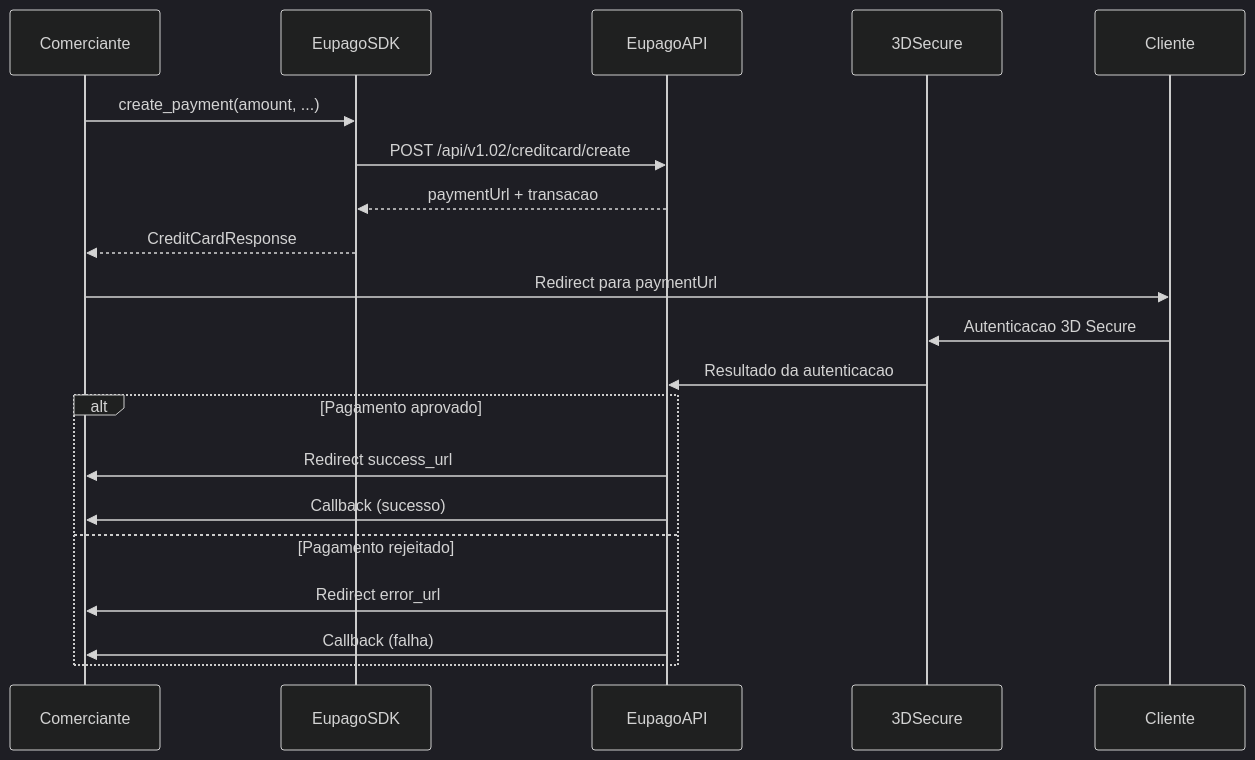
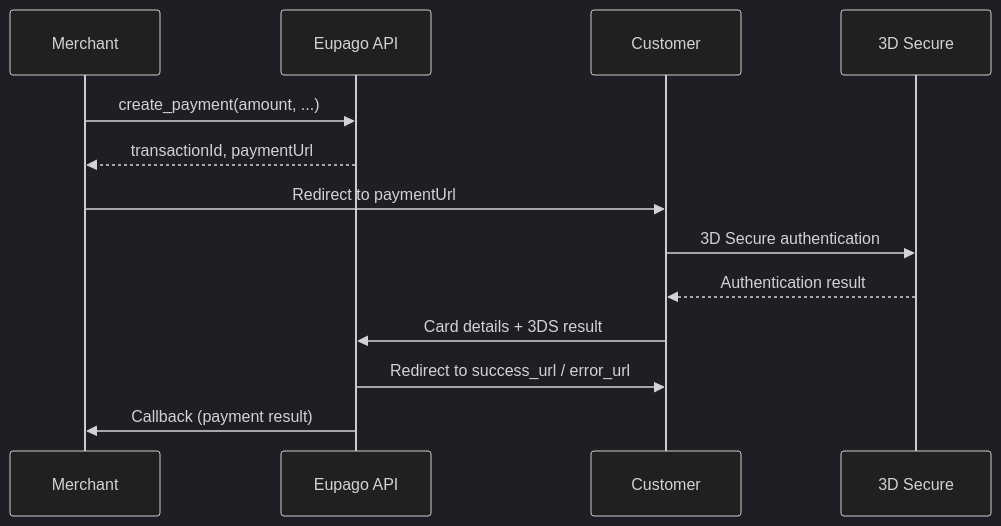
The first of 3 diagrams in docs/payments/credit-card.md (bilouro/eupago-python), drawn with Mermaid (dark theme) before and after one commit. The commit also changed other lines of this file and 50 other files, not shown here.

````diff
--- a/docs/payments/credit-card.md
+++ b/docs/payments/credit-card.md
@@ -15,25 +19,16 @@
 ```mermaid
 sequenceDiagram
-    participant Comerciante
-    participant EupagoSDK
-    participant EupagoAPI
-    participant 3DSecure
-    participant Cliente
+    participant Merchant
+    participant EupagoAPI as Eupago API
+    participant Customer
+    participant Bank as 3D Secure
 
-    Comerciante->>EupagoSDK: create_payment(amount, ...)
-    EupagoSDK->>EupagoAPI: POST /api/v1.02/creditcard/create
-    EupagoAPI-->>EupagoSDK: paymentUrl + transacao
-    EupagoSDK-->>Comerciante: CreditCardResponse
-
-    Comerciante->>Cliente: Redirect para paymentUrl
-    Cliente->>3DSecure: Autenticacao 3D Secure
-    3DSecure->>EupagoAPI: Resultado da autenticacao
-
-    alt Pagamento aprovado
-        EupagoAPI->>Comerciante: Redirect success_url
-        EupagoAPI->>Comerciante: Callback (sucesso)
-    else Pagamento rejeitado
-        EupagoAPI->>Comerciante: Redirect error_url
-        EupagoAPI->>Comerciante: Callback (falha)
-    end
+    Merchant->>EupagoAPI: create_payment(amount, ...)
+    EupagoAPI-->>Merchant: transactionId, paymentUrl
+    Merchant->>Customer: Redirect to paymentUrl
+    Customer->>Bank: 3D Secure authentication
+    Bank-->>Customer: Authentication result
+    Customer->>EupagoAPI: Card details + 3DS result
+    EupagoAPI->>Customer: Redirect to success_url / error_url
+    EupagoAPI->>Merchant: Callback (payment result)
 ```
````
